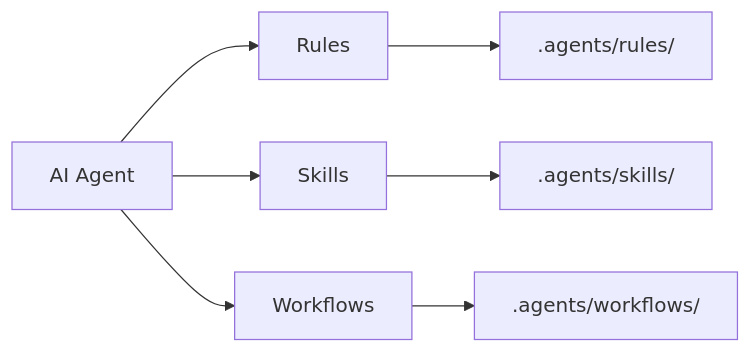
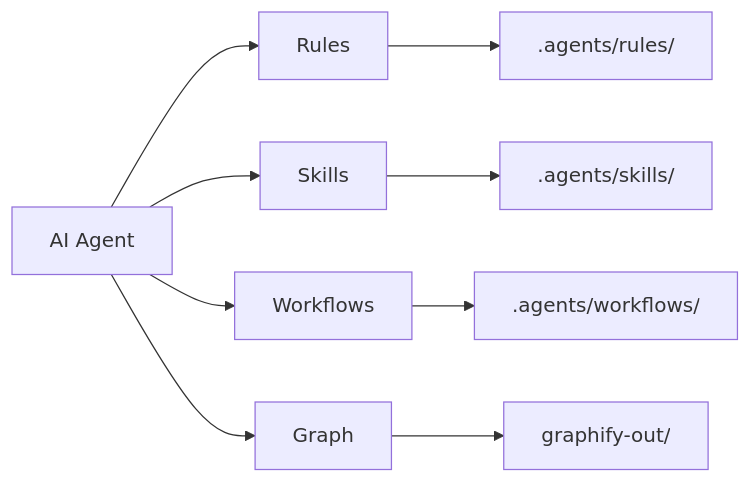
Before and after one commit to federicoferrulli/agents-antigravity: the first of 3 diagrams in AGENT.md, drawn with Mermaid. The commit also changed other lines of this file and 23 other files, not shown here.

Commit message:
feat: implement Antigravity project setup, knowledge graph integration, and standardized agent rule framework.

````diff
--- a/AGENT.md
+++ b/AGENT.md
@@ -13,9 +13,11 @@
 ```mermaid
 graph LR
     A[AI Agent] --> B[Rules]
     A --> C[Skills]
     A --> D[Workflows]
+    A --> E[Graph]
     B --> B1[.agents/rules/]
     C --> C1[.agents/skills/]
     D --> D1[.agents/workflows/]
+    E --> E1[graphify-out/]
 ```
````
